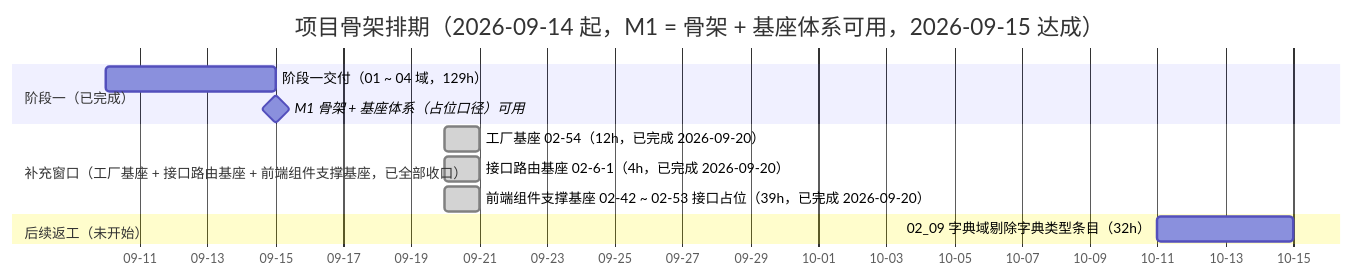
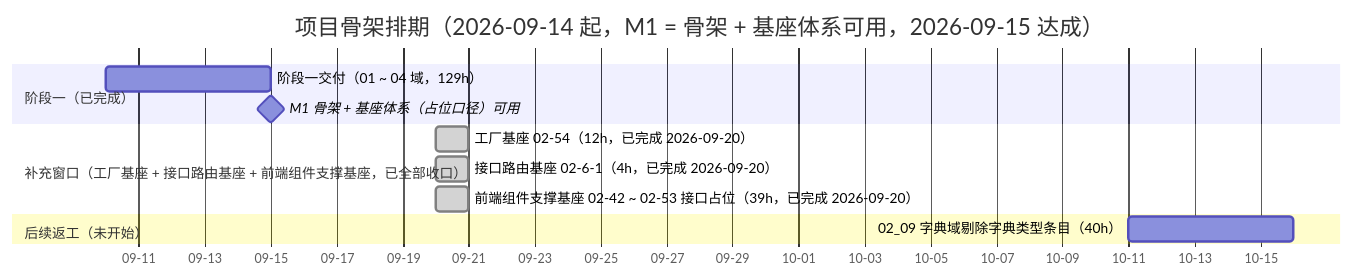
The diagram in bms文档/项目/01_项目骨架/计划/01_计划_项目骨架.md (minjian123/basic-management-system), drawn with Mermaid before and after one commit. The commit also changed other lines of this file and 5 other files, not shown here.

````diff
--- a/bms文档/项目/01_项目骨架/计划/01_计划_项目骨架.md
+++ b/bms文档/项目/01_项目骨架/计划/01_计划_项目骨架.md
@@ -153,16 +153,15 @@
 ```mermaid
 gantt
     title 项目骨架排期（2026-09-14 起，M1 = 骨架 + 基座体系可用，2026-09-15 达成）
     dateFormat  YYYY-MM-DD
     axisFormat %m-%d
     section 阶段一（已完成）
     阶段一交付（01 ~ 04 域，129h） :done1, 2026-09-10, 2026-09-15
     M1 骨架 + 基座体系（占位口径）可用 :milestone, m1, 2026-09-15, 0d
     section 补充窗口（工厂基座 + 接口路由基座 + 前端组件支撑基座，已全部收口）
     工厂基座 02-54（12h，已完成 2026-09-20） :done, fac, 2026-09-20, 1d
     接口路由基座 02-6-1（4h，已完成 2026-09-20） :done, route, 2026-09-20, 1d
     前端组件支撑基座 02-42 ~ 02-53 接口占位（39h，已完成 2026-09-20） :done, supp, 2026-09-20, 1d
     section 后续返工（未开始）
-    02_09 字典域剔除字典类型条目（32h） :d09, 2026-10-11, 2026-10-15
-
+    02_09 字典域剔除字典类型条目（40h） :d09, 2026-10-11, 2026-10-16
 ```
````
